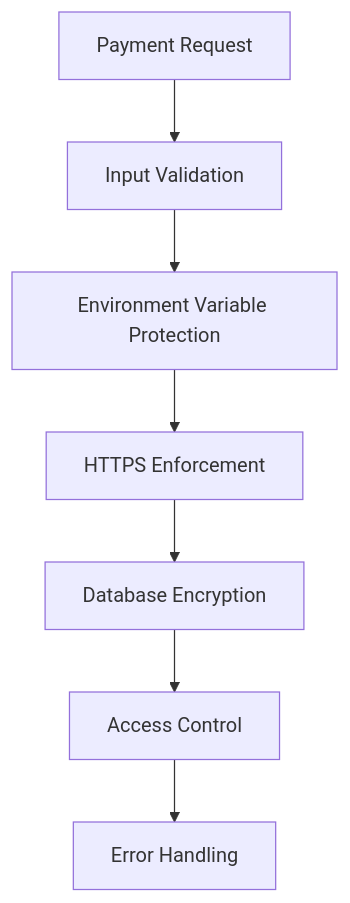
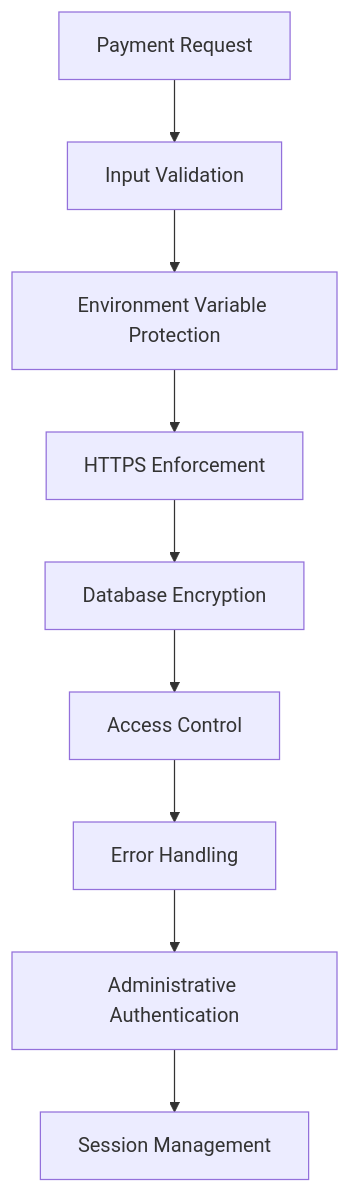
Before and after one commit to Alexandrexicara/qretiquetas.com: diagram 13 of 14 in .qoder/repowiki/en/content/Payment System Architecture/Payment System Architecture.md, drawn with Mermaid. The commit also changed other lines of this file and 6 other files, not shown here.

````diff
--- a/.qoder/repowiki/en/content/Payment System Architecture/Payment System Architecture.md
+++ b/.qoder/repowiki/en/content/Payment System Architecture/Payment System Architecture.md
@@ -304,9 +527,11 @@
 ```mermaid
 flowchart TD
 A[Payment Request] --> B[Input Validation]
 B --> C[Environment Variable Protection]
 C --> D[HTTPS Enforcement]
 D --> E[Database Encryption]
 E --> F[Access Control]
 F --> G[Error Handling]
+G --> H[Administrative Authentication]
+H --> I[Session Management]
 ```
````
